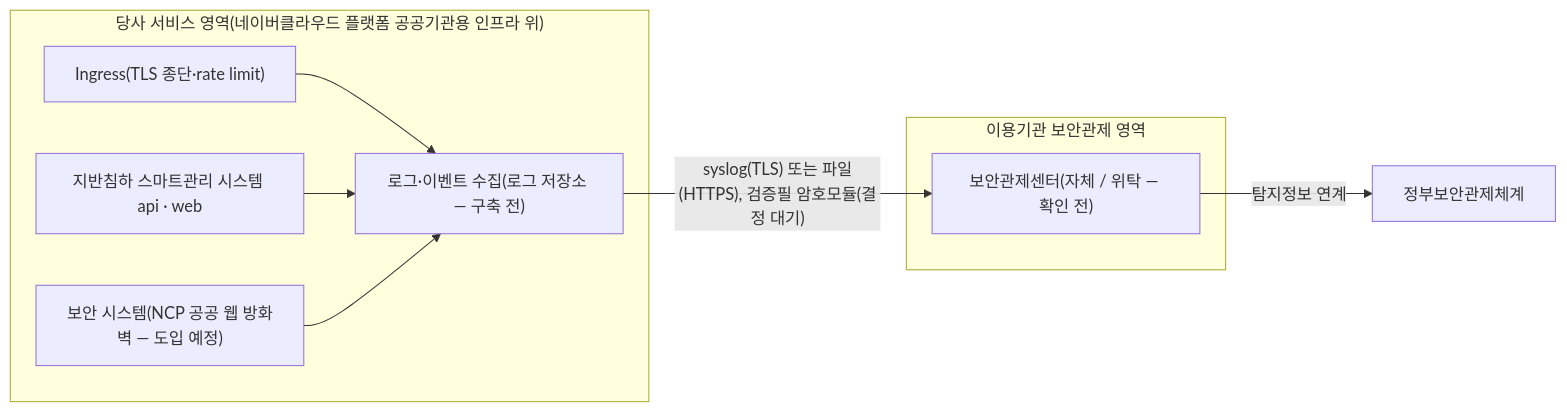
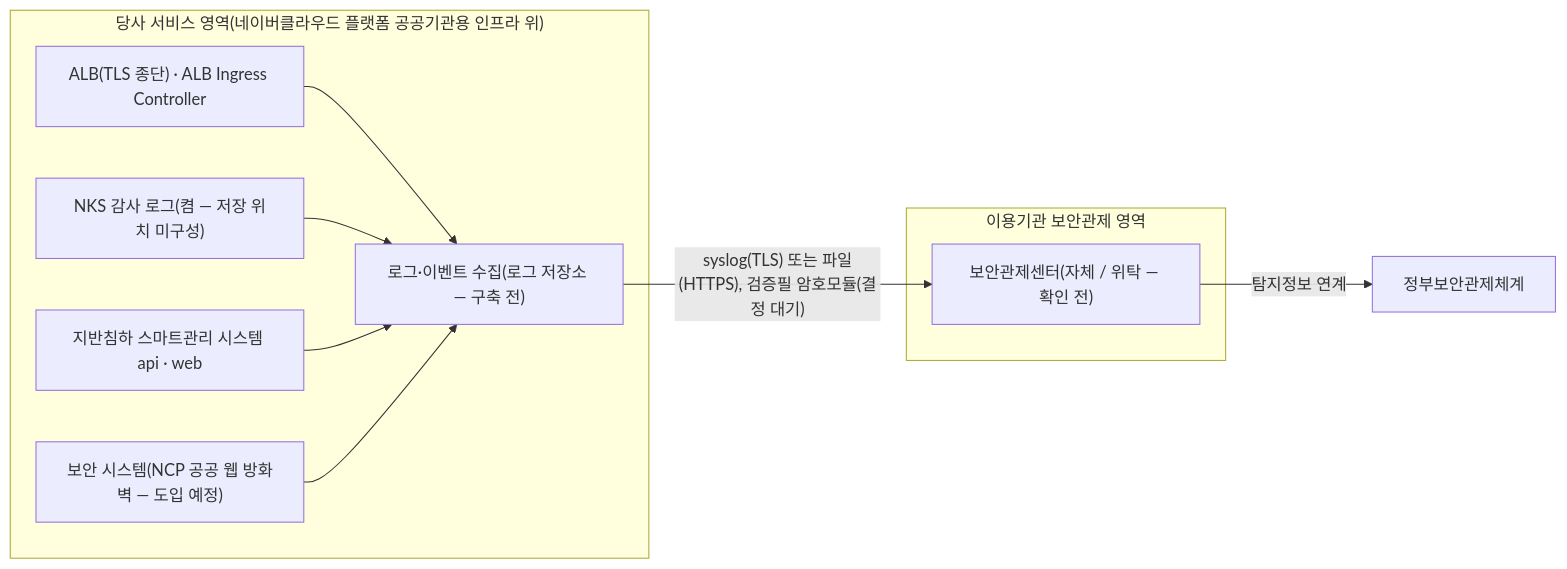
One commit to garam-park/inp-devops changed the diagram in .ai-workflow/work/tasks/CSAP-인증준비/11 대기중/14.3.2 보안관제 제반환경 지원/02. 보안관제 연계 환경 구성 내역서.md. Above: the diagram before and after it, drawn with Mermaid. The commit also changed other lines of this file and 71 other files, not shown here.

Commit message:
CSAP 인증준비: 운영 인프라 1차 구축 사실 반영(대기중 59, 작성완료 10, 공통 기준·index), TLS 종단 ALB 결정, 기록 10-21/08

````diff
--- a/.ai-workflow/work/tasks/CSAP-인증준비/11 대기중/14.3.2 보안관제 제반환경 지원/02. 보안관제 연계 환경 구성 내역서.md
+++ b/.ai-workflow/work/tasks/CSAP-인증준비/11 대기중/14.3.2 보안관제 제반환경 지원/02. 보안관제 연계 환경 구성 내역서.md
@@ -81,19 +82,21 @@
 ```mermaid
 flowchart LR
     subgraph CSP["당사 서비스 영역(네이버클라우드 플랫폼 공공기관용 인프라 위)"]
-        ING["Ingress(TLS 종단·rate limit)"]
+        ING["ALB(TLS 종단) · ALB Ingress Controller"]
+        K8S["NKS 감사 로그(켬 — 저장 위치 미구성)"]
         APP["지반침하 스마트관리 시스템 api · web"]
         SEC["보안 시스템(NCP 공공 웹 방화벽 — 도입 예정)"]
         LOG["로그·이벤트 수집(로그 저장소 — 구축 전)"]
     end
     subgraph AGENCY["이용기관 보안관제 영역"]
         SOCC["보안관제센터(자체 / 위탁 — 확인 전)"]
     end
     GSOC["정부보안관제체계"]
 
     ING --> LOG
+    K8S --> LOG
     APP --> LOG
     SEC --> LOG
     LOG -->|"syslog(TLS) 또는 파일(HTTPS), 검증필 암호모듈(결정 대기)"| SOCC
     SOCC -->|"탐지정보 연계"| GSOC
 ```
````
